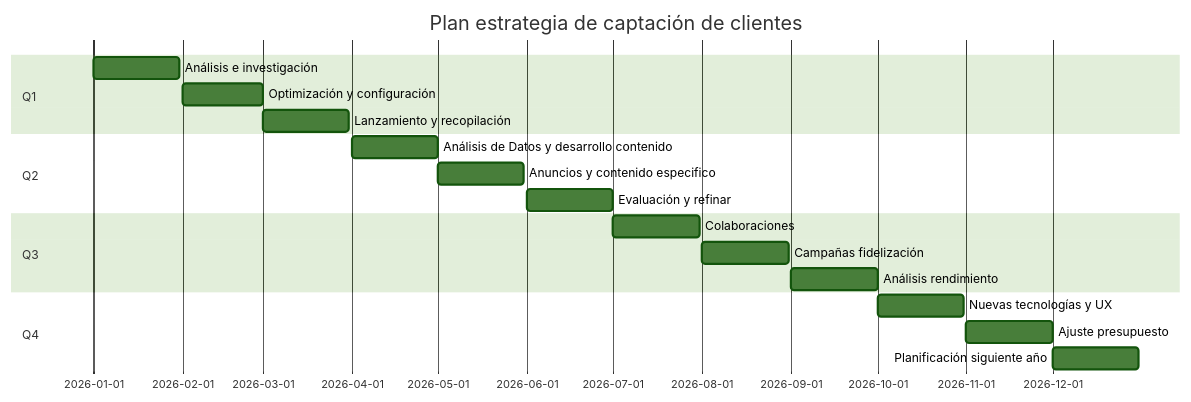
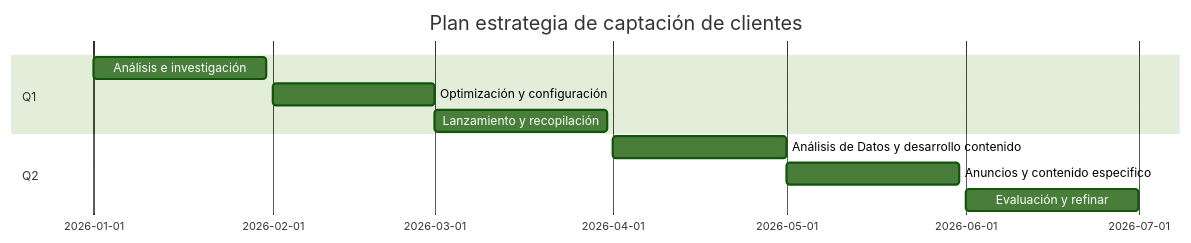
The first of 2 diagrams in docs/estrategiaCaptacionFidelizacion/estrategiaCaptacion.md (EOBS-MIDE/EcoSmart), drawn with Mermaid before and after one commit. The commit also changed other lines of this file, not shown here.

Commit message:
División diagrama

````diff
--- a/docs/estrategiaCaptacionFidelizacion/estrategiaCaptacion.md
+++ b/docs/estrategiaCaptacionFidelizacion/estrategiaCaptacion.md
@@ -10,26 +10,18 @@
 ```mermaid
 ---
 config:
   theme: forest
 ---
 gantt
     title Plan estrategia de captación de clientes
     dateFormat  YYYY-MM-DD
 
     section Q1
         Análisis e investigación : a1, 2026-01-01, 30d
         Optimización y configuración : a2, 2026-02-01, 28d
         Lanzamiento y recopilación : a3, 2026-03-01, 30d
     section Q2
         Análisis de Datos y desarrollo contenido : a4, 2026-04-01, 30d
         Anuncios y contenido especifico : a5, 2026-05-01, 30d
         Evaluación y refinar : a6, 2026-06-01, 30d
-    section Q3
-        Colaboraciones : a7, 2026-07-01, 30d
-        Campañas fidelización : a8, 2026-08-01, 30d
-        Análisis rendimiento : a9, 2026-09-01, 30d
-    section Q4
-        Nuevas tecnologías y UX : a10, 2026-10-01, 30d
-        Ajuste presupuesto : a11, 2026-11-01, 30d
-        Planificación siguiente año : a12, 2026-12-01, 30d
 ```
````
